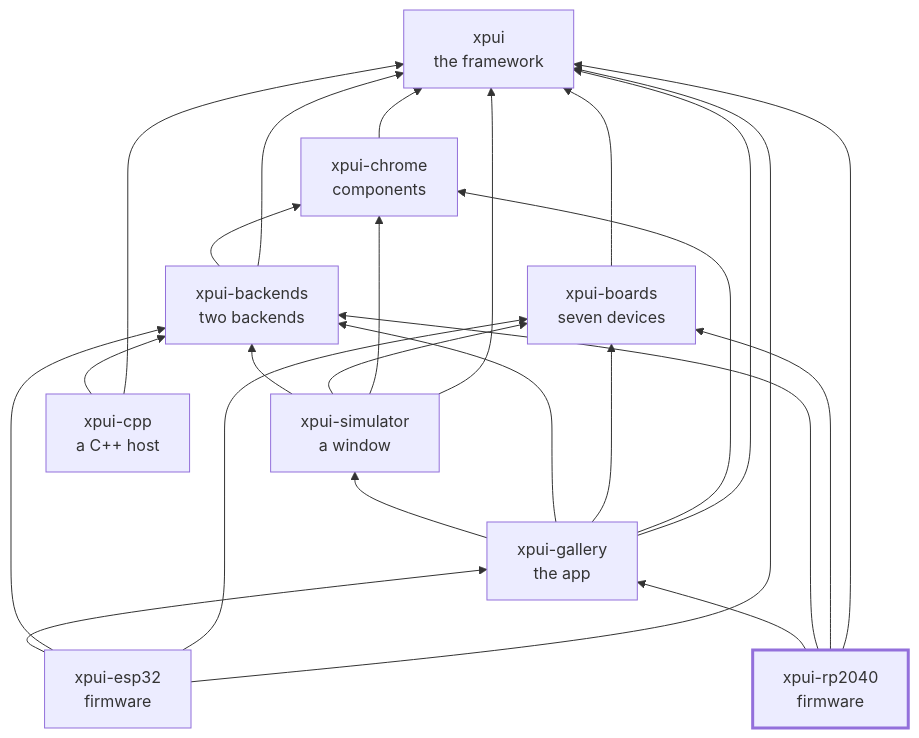
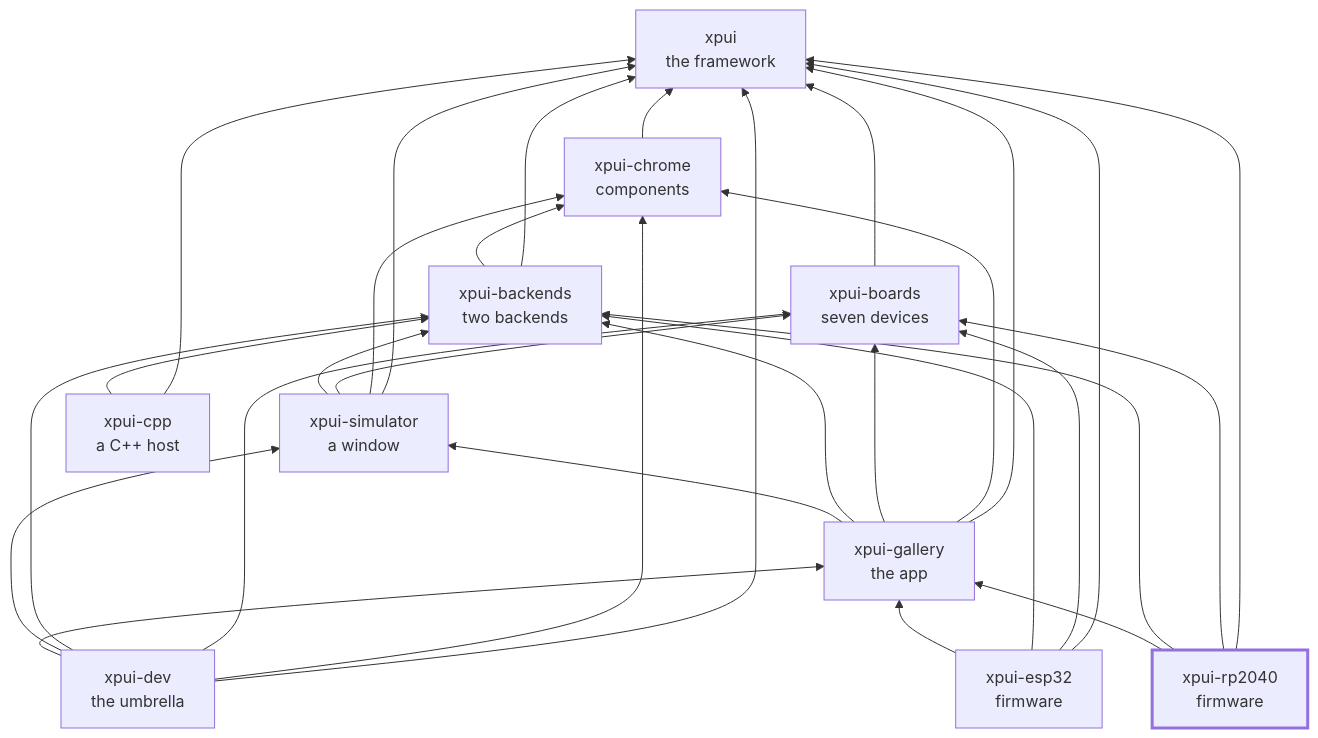
One commit to XPUI-Framework/xpui-rp2040 changed the diagram in README.md. Above: the diagram before and after it, drawn with Mermaid. The commit also changed 9 other files, not shown here.

````diff
--- a/README.md
+++ b/README.md
@@ -201,36 +201,43 @@
 ```mermaid
 flowchart BT
   xpui["xpui<br/>the framework"]
   chrome["xpui-chrome<br/>components"]
   boards["xpui-boards<br/>seven devices"]
   backends["xpui-backends<br/>two backends"]
   simulator["xpui-simulator<br/>a window"]
   gallery["xpui-gallery<br/>the app"]
   rp2040["xpui-rp2040<br/>firmware"]
   esp32["xpui-esp32<br/>firmware"]
   cpp["xpui-cpp<br/>a C++ host"]
+  dev["xpui-dev<br/>the umbrella"]
   chrome --> xpui
   boards --> xpui
   backends --> xpui
   backends --> chrome
   simulator --> xpui
   simulator --> chrome
   simulator --> boards
   simulator --> backends
   gallery --> xpui
   gallery --> chrome
   gallery --> boards
   gallery --> backends
   gallery --> simulator
   rp2040 --> xpui
   rp2040 --> boards
   rp2040 --> backends
   rp2040 --> gallery
   esp32 --> xpui
   esp32 --> boards
   esp32 --> backends
   esp32 --> gallery
   cpp --> xpui
   cpp --> backends
+  dev --> xpui
+  dev --> chrome
+  dev --> boards
+  dev --> backends
+  dev --> simulator
+  dev --> gallery
   style rp2040 stroke-width:3px
 ```
````
